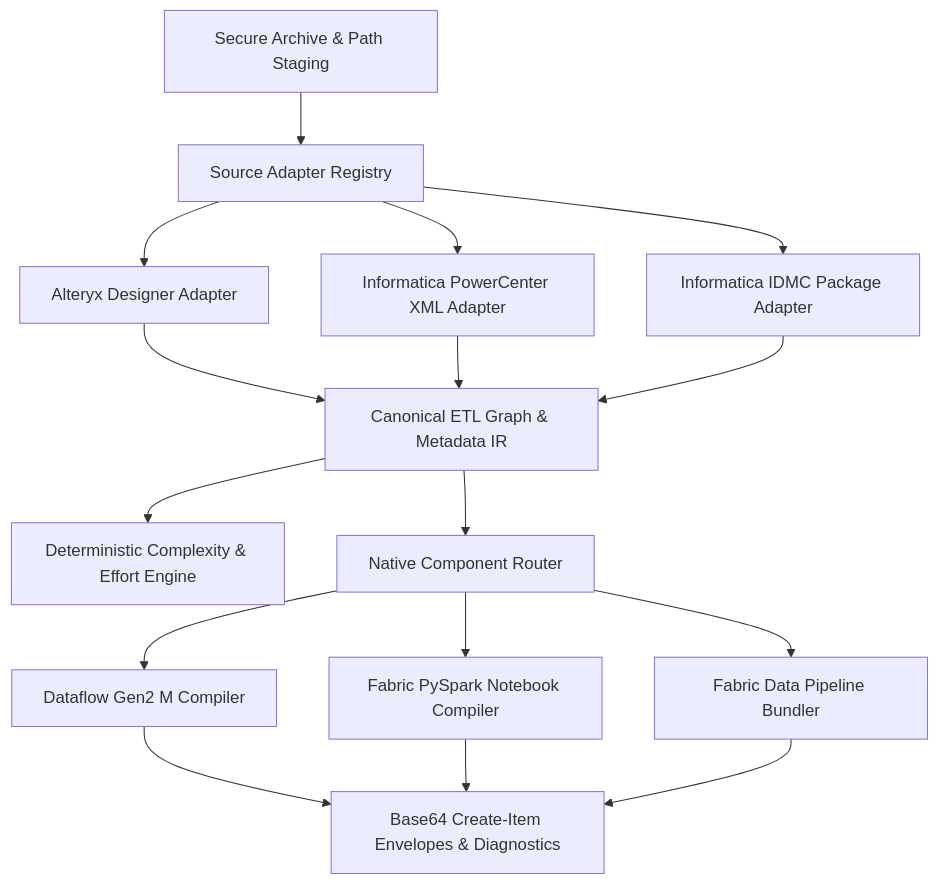
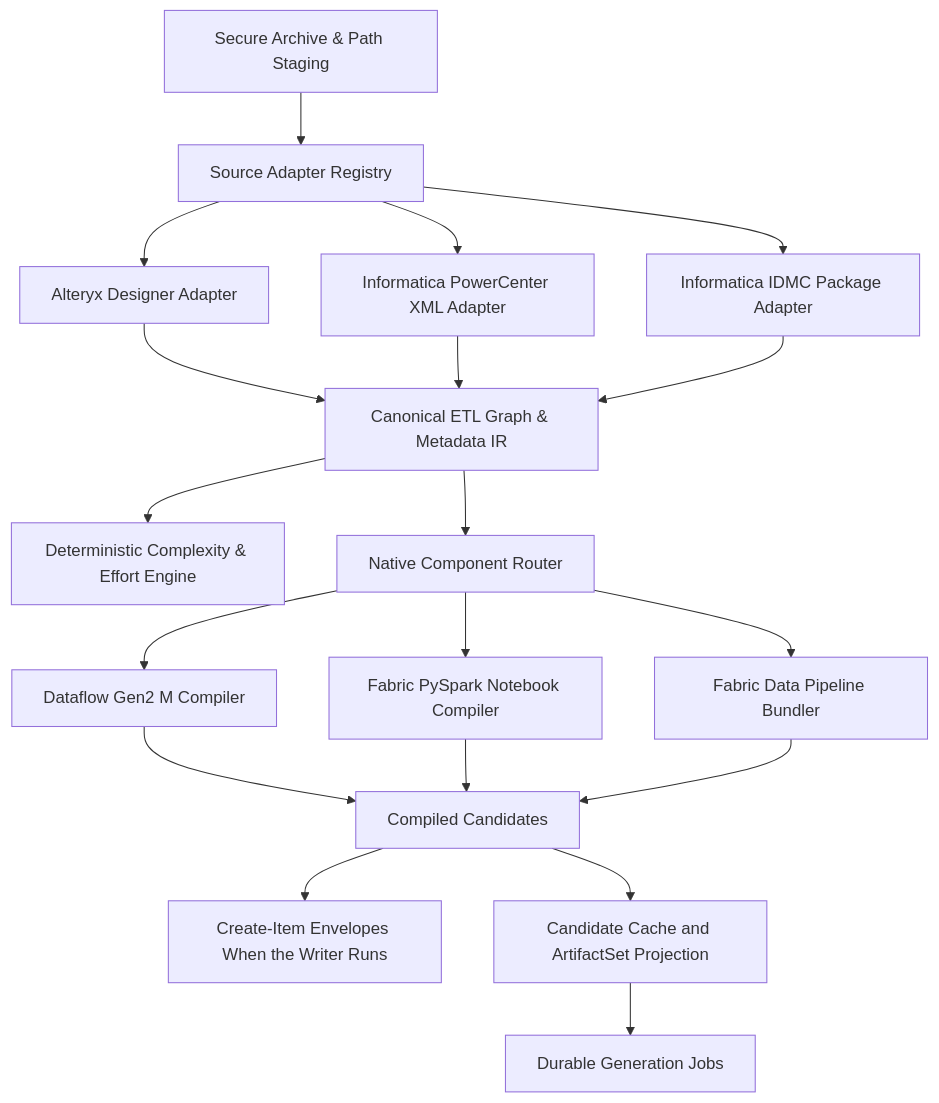
One commit to chanderksharma/fabric-etl-migration-accelerator changed the second of 2 diagrams in docs/Architecture/system-architecture.md. Above: the diagram before and after it, drawn with Mermaid. The commit also changed other lines of this file and 12 other files, not shown here.

````diff
--- a/docs/Architecture/system-architecture.md
+++ b/docs/Architecture/system-architecture.md
@@ -47,18 +47,21 @@
 ```mermaid
 flowchart TB
     Intake[Secure Archive & Path Staging] --> Detect[Source Adapter Registry]
     Detect --> AYX[Alteryx Designer Adapter]
     Detect --> PC[Informatica PowerCenter XML Adapter]
     Detect --> IDMC[Informatica IDMC Package Adapter]
     AYX --> IR[Canonical ETL Graph & Metadata IR]
     PC --> IR
     IDMC --> IR
     IR --> Assess[Deterministic Complexity & Effort Engine]
     IR --> Route[Native Component Router]
     Route --> DF[Dataflow Gen2 M Compiler]
     Route --> NB[Fabric PySpark Notebook Compiler]
     Route --> PL[Fabric Data Pipeline Bundler]
-    DF --> Env[Base64 Create-Item Envelopes & Diagnostics]
-    NB --> Env
-    PL --> Env
+    DF --> Candidates[Compiled Candidates]
+    NB --> Candidates
+    PL --> Candidates
+    Candidates --> Env[Create-Item Envelopes When the Writer Runs]
+    Candidates --> Cache[Candidate Cache and ArtifactSet Projection]
+    Cache --> Jobs[Durable Generation Jobs]
 ```
````
